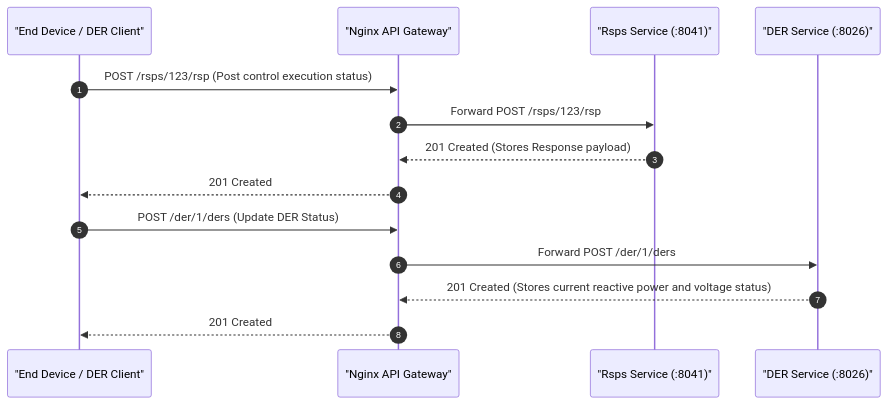
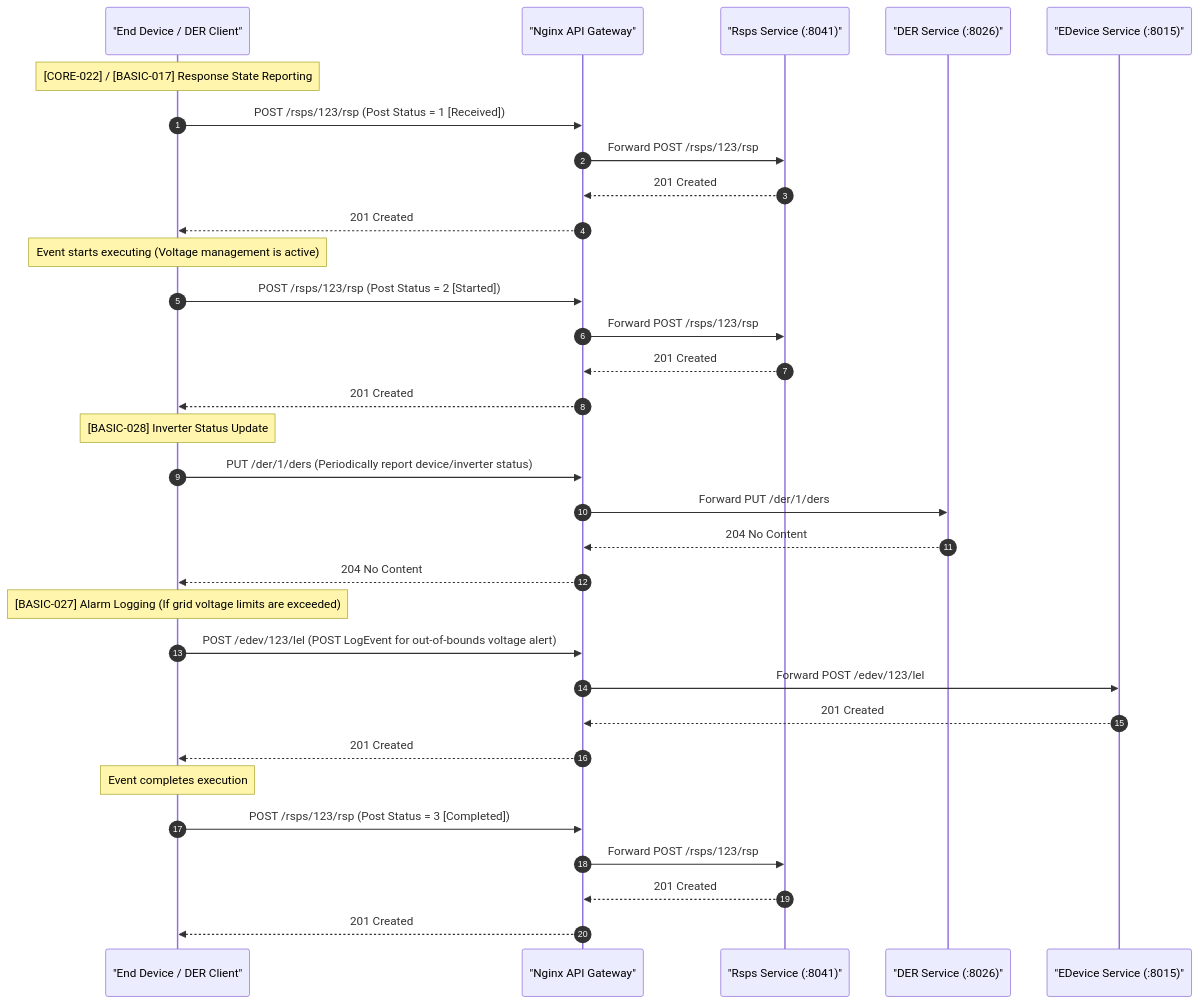
One commit to Tylores/egot changed the fifth of 6 diagrams in lifecycles/voltage_management.md. Above: the diagram before and after it, drawn with Mermaid. The commit also changed other lines of this file and 68 other files, not shown here.

Commit message:
refactor: migrate to microservices architecture, add validation tools and scenario tests

````diff
--- a/lifecycles/voltage_management.md
+++ b/lifecycles/voltage_management.md
@@ -99,18 +147,39 @@
 ```mermaid
 sequenceDiagram
     autonumber
     participant Client as "End Device / DER Client"
     participant GW as "Nginx API Gateway"
     participant RSPS as "Rsps Service (:8041)"
     participant DER as "DER Service (:8026)"
+    participant EDev as "EDevice Service (:8015)"
 
-    Client->>GW: POST /rsps/123/rsp (Post control execution status)
+    Note over Client: [CORE-022] / [BASIC-017] Response State Reporting
+    Client->>GW: POST /rsps/123/rsp (Post Status = 1 [Received])
     GW->>RSPS: Forward POST /rsps/123/rsp
-    RSPS-->>GW: 201 Created (Stores Response payload)
+    RSPS-->>GW: 201 Created
     GW-->>Client: 201 Created
 
-    Client->>GW: POST /der/1/ders (Update DER Status)
-    GW->>DER: Forward POST /der/1/ders
-    DER-->>GW: 201 Created (Stores current reactive power and voltage status)
+    Note over Client: Event starts executing (Voltage management is active)
+    Client->>GW: POST /rsps/123/rsp (Post Status = 2 [Started])
+    GW->>RSPS: Forward POST /rsps/123/rsp
+    RSPS-->>GW: 201 Created
+    GW-->>Client: 201 Created
+
+    Note over Client: [BASIC-028] Inverter Status Update
+    Client->>GW: PUT /der/1/ders (Periodically report device/inverter status)
+    GW->>DER: Forward PUT /der/1/ders
+    DER-->>GW: 204 No Content
+    GW-->>Client: 204 No Content
+
+    Note over Client: [BASIC-027] Alarm Logging (If grid voltage limits are exceeded)
+    Client->>GW: POST /edev/123/lel (POST LogEvent for out-of-bounds voltage alert)
+    GW->>EDev: Forward POST /edev/123/lel
+    EDev-->>GW: 201 Created
+    GW-->>Client: 201 Created
+
+    Note over Client: Event completes execution
+    Client->>GW: POST /rsps/123/rsp (Post Status = 3 [Completed])
+    GW->>RSPS: Forward POST /rsps/123/rsp
+    RSPS-->>GW: 201 Created
     GW-->>Client: 201 Created
 ```
````
